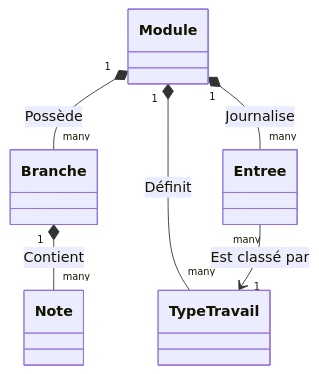
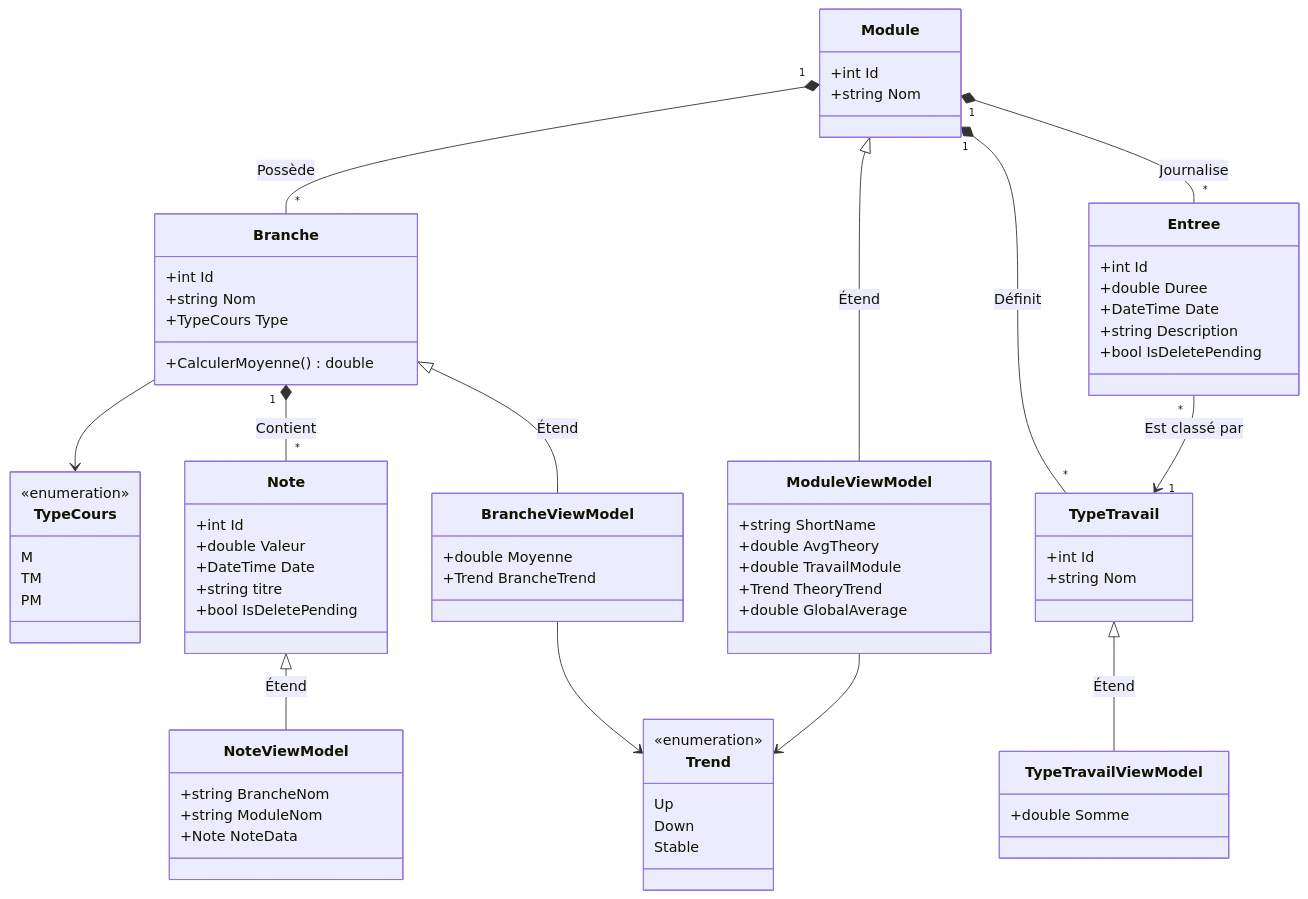
One commit to Hoferlukaslh/ScholarLog changed the second of 2 diagrams in src/Data/README.md. Above: the diagram before and after it, drawn with Mermaid.

Commit message:
Completion du diagramme classe README

````diff
--- a/src/Data/README.md
+++ b/src/Data/README.md
@@ -193,14 +193,87 @@
 ``` mermaid
 classDiagram
-    class Module
-    class Branche
-    class Note
-    class Entree
-    class TypeTravail
+    %% Énumérations
+    class TypeCours {
+        <<enumeration>>
+        M
+        TM
+        PM
+    }
+    class Trend {
+        <<enumeration>>
+        Up
+        Down
+        Stable
+    }
 
-    Module "1" *-- "many" Branche : Possède
-    Module "1" *-- "many" Entree : Journalise
-    Module "1" *-- "many" TypeTravail : Définit
-    Branche "1" *-- "many" Note : Contient
-    Entree "many" --> "1" TypeTravail : Est classé par
+    %% Modèles de données (Entités EF Core)
+    class Module {
+        +int Id
+        +string Nom
+    }
+    class Branche {
+        +int Id
+        +string Nom
+        +TypeCours Type
+        +CalculerMoyenne() double
+    }
+    class TypeTravail {
+        +int Id
+        +string Nom
+    }
+    class Entree {
+        +int Id
+        +double Duree
+        +DateTime Date
+        +string Description
+        +bool IsDeletePending
+    }
+    class Note {
+        +int Id
+        +double Valeur
+        +DateTime Date
+        +string titre
+        +bool IsDeletePending
+    }
+
+    %% Modèles de vue (MVVM pour Avalonia)
+    class ModuleViewModel {
+        +string ShortName
+        +double AvgTheory
+        +double TravailModule
+        +Trend TheoryTrend
+        +double GlobalAverage
+    }
+    class BrancheViewModel {
+        +double Moyenne
+        +Trend BrancheTrend
+    }
+    class TypeTravailViewModel {
+        +double Somme
+    }
+    class NoteViewModel {
+        +string BrancheNom
+        +string ModuleNom
+        +Note NoteData
+    }
+
+    %% Relations de composition (1 à plusieurs)
+    Module "1" *-- "*" Branche : Possède
+    Module "1" *-- "*" Entree : Journalise
+    Module "1" *-- "*" TypeTravail : Définit
+    Branche "1" *-- "*" Note : Contient
+
+    %% Associations simples
+    Entree "*" --> "1" TypeTravail : Est classé par
+
+    %% Relations d'héritage (ViewModels étendant les Entités)
+    Module <|-- ModuleViewModel : Étend
+    Branche <|-- BrancheViewModel : Étend
+    TypeTravail <|-- TypeTravailViewModel : Étend
+    Note <|-- NoteViewModel : Étend
+    
+    %% Liens vers les énumérations
+    Branche --> TypeCours
+    BrancheViewModel --> Trend
+    ModuleViewModel --> Trend
 ```
````
